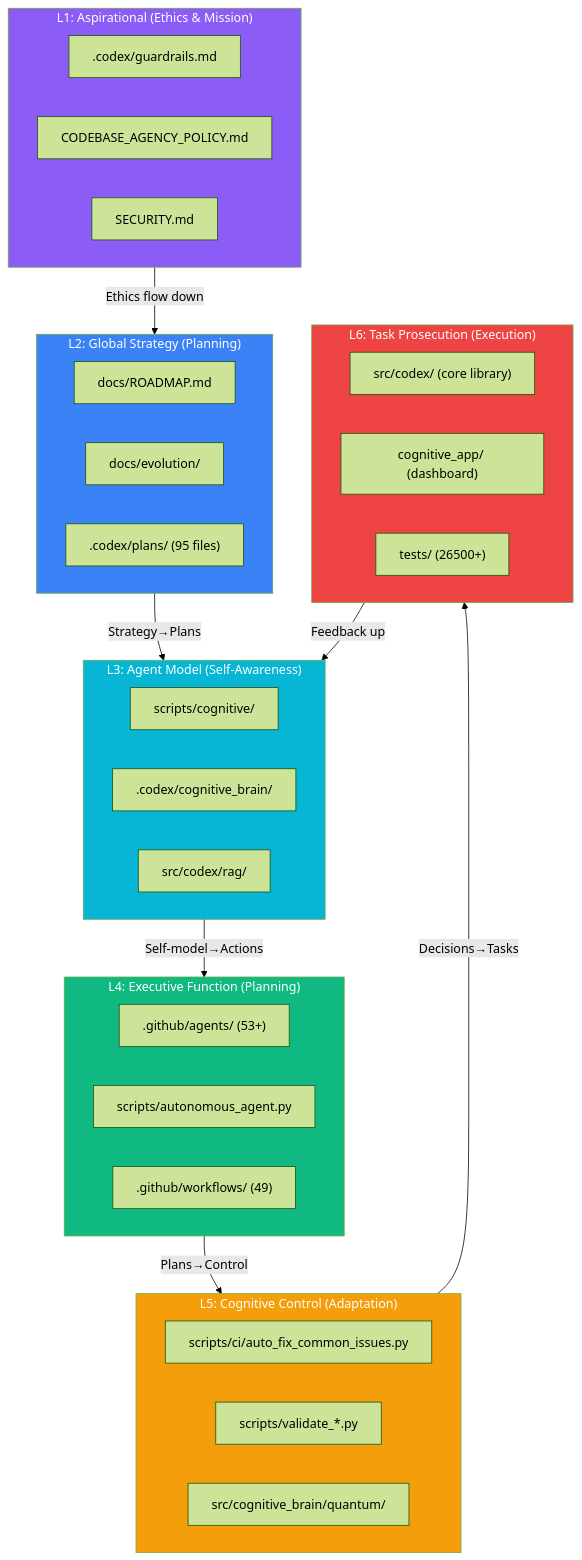
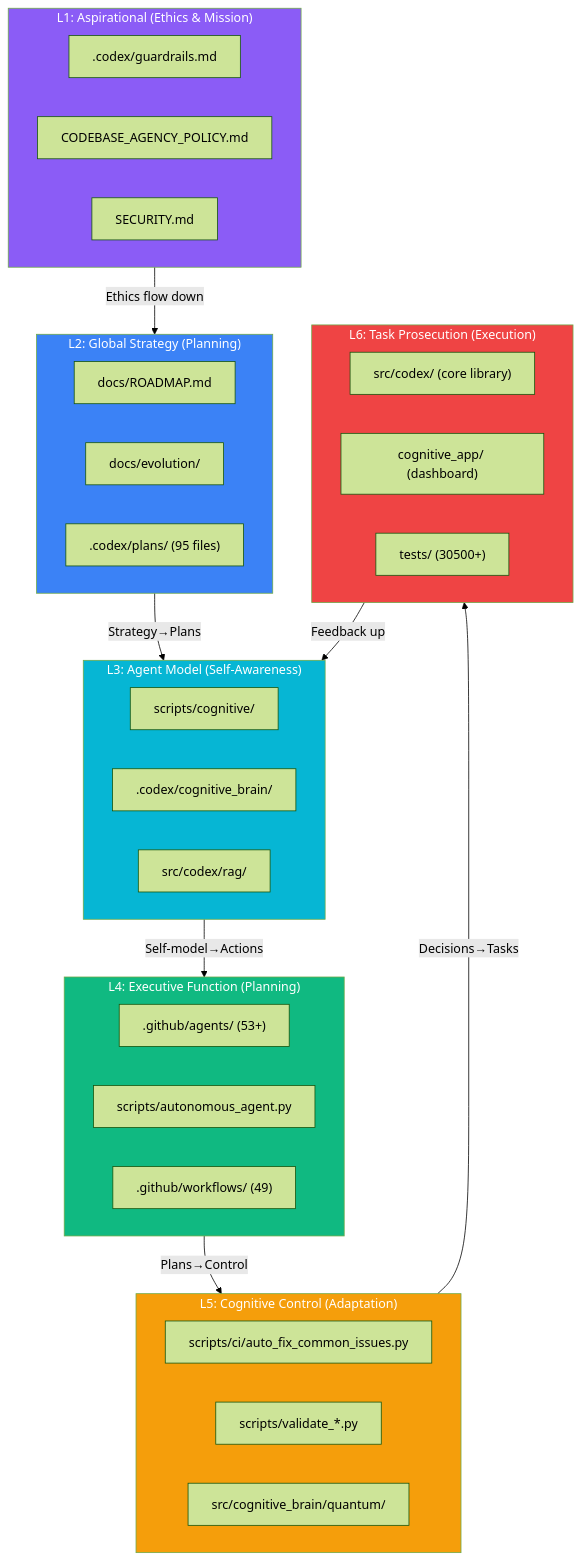
One commit to Aries-Serpent/_codex_ changed the diagram in docs/evolution/COGNITIVE_CODEBASE_MAP.md. Above: the diagram before and after it, drawn with Mermaid (forest theme). The commit also changed 11 other files, not shown here.

````diff
--- a/docs/evolution/COGNITIVE_CODEBASE_MAP.md
+++ b/docs/evolution/COGNITIVE_CODEBASE_MAP.md
@@ -12,52 +12,52 @@
 ```mermaid
 graph TD
     subgraph L1["L1: Aspirational (Ethics & Mission)"]
         E1[".codex/guardrails.md"]
         E2["CODEBASE_AGENCY_POLICY.md"]
         E3["SECURITY.md"]
     end
 
     subgraph L2["L2: Global Strategy (Planning)"]
         S1["docs/ROADMAP.md"]
         S2["docs/evolution/"]
         S3[".codex/plans/ (95 files)"]
     end
 
     subgraph L3["L3: Agent Model (Self-Awareness)"]
         M1["scripts/cognitive/"]
         M2[".codex/cognitive_brain/"]
         M3["src/codex/rag/"]
     end
 
     subgraph L4["L4: Executive Function (Planning)"]
         X1[".github/agents/ (53+)"]
         X2["scripts/autonomous_agent.py"]
         X3[".github/workflows/ (49)"]
     end
 
     subgraph L5["L5: Cognitive Control (Adaptation)"]
         C1["scripts/ci/auto_fix_common_issues.py"]
         C2["scripts/validate_*.py"]
         C3["src/cognitive_brain/quantum/"]
     end
 
     subgraph L6["L6: Task Prosecution (Execution)"]
         T1["src/codex/ (core library)"]
         T2["cognitive_app/ (dashboard)"]
-        T3["tests/ (26500+)"]
+        T3["tests/ (30500+)"]
     end
 
     L1 -->|"Ethics flow down"| L2
     L2 -->|"Strategy→Plans"| L3
     L3 -->|"Self-model→Actions"| L4
     L4 -->|"Plans→Control"| L5
     L5 -->|"Decisions→Tasks"| L6
     L6 -->|"Feedback up"| L3
 
     style L1 fill:#8b5cf6,color:#fff
     style L2 fill:#3b82f6,color:#fff
     style L3 fill:#06b6d4,color:#fff
     style L4 fill:#10b981,color:#fff
     style L5 fill:#f59e0b,color:#fff
     style L6 fill:#ef4444,color:#fff
 ```
````
